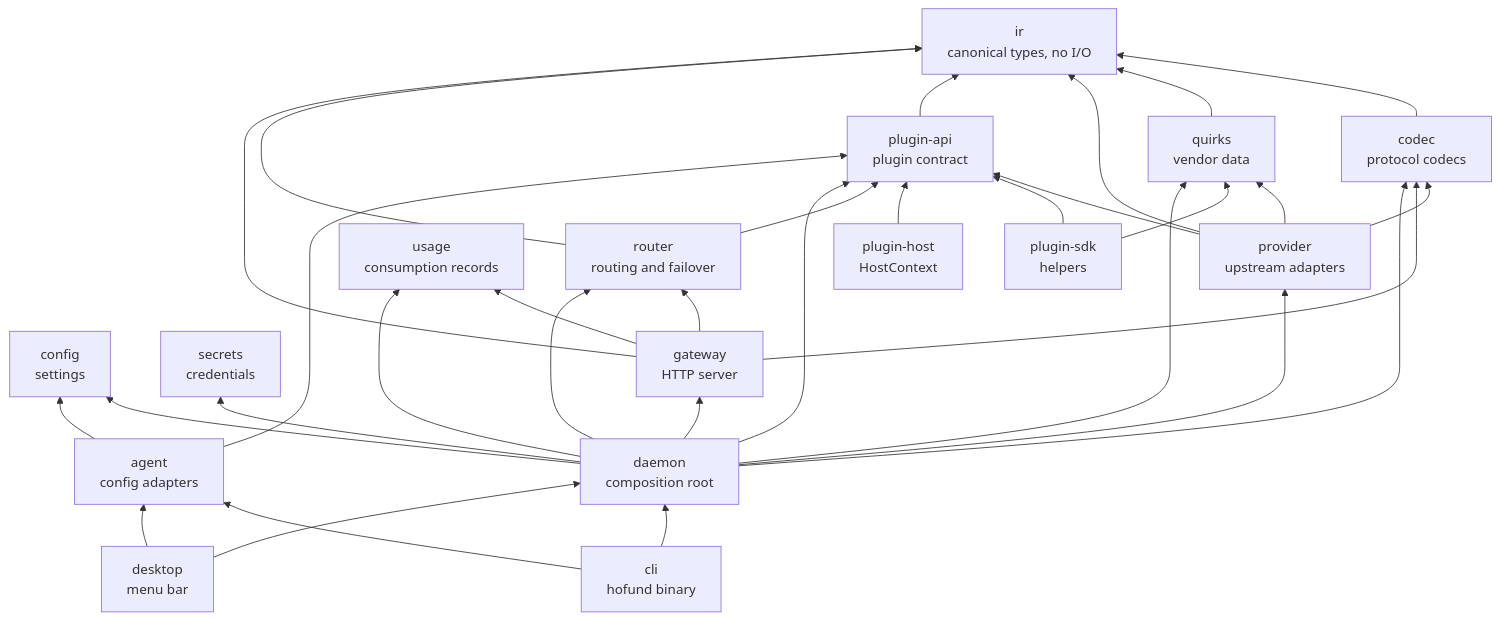
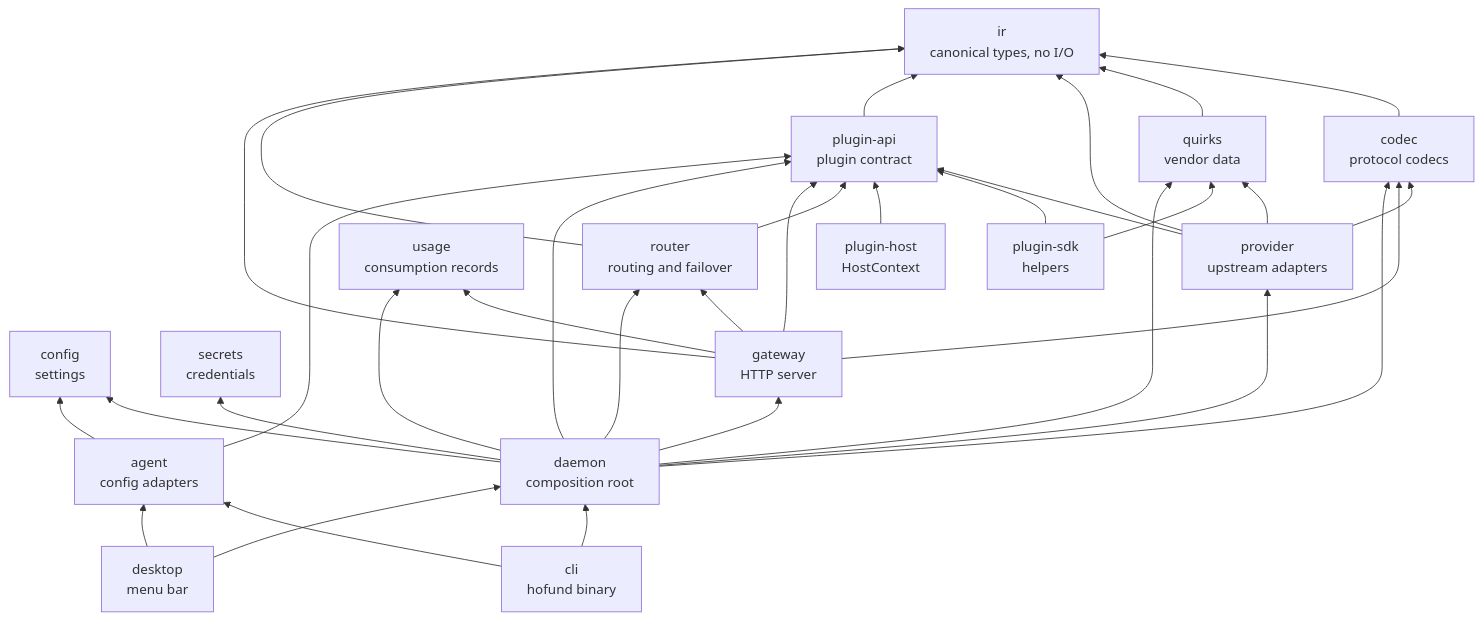
One commit to logibricks-io/open-heimdall-hofund changed the diagram in docs/architecture.md. Above: the diagram before and after it, drawn with Mermaid. The commit also changed other lines of this file and 28 other files, not shown here.

````diff
--- a/docs/architecture.md
+++ b/docs/architecture.md
@@ -37,51 +37,52 @@
 ```mermaid
 flowchart BT
   ir["ir<br/>canonical types, no I/O"]
   codec["codec<br/>protocol codecs"]
   quirks["quirks<br/>vendor data"]
   provider["provider<br/>upstream adapters"]
   router["router<br/>routing and failover"]
   config["config<br/>settings"]
   secrets["secrets<br/>credentials"]
   usage["usage<br/>consumption records"]
   agent["agent<br/>config adapters"]
   pluginApi["plugin-api<br/>plugin contract"]
   pluginSdk["plugin-sdk<br/>helpers"]
   pluginHost["plugin-host<br/>HostContext"]
   gateway["gateway<br/>HTTP server"]
   daemon["daemon<br/>composition root"]
   cli["cli<br/>hofund binary"]
   desktop["desktop<br/>menu bar"]
 
   codec --> ir
   quirks --> ir
   provider --> codec
   provider --> ir
   provider --> quirks
   provider --> pluginApi
   pluginApi --> ir
   pluginSdk --> pluginApi
   pluginSdk --> quirks
   pluginHost --> pluginApi
   router --> pluginApi
   router --> ir
   gateway --> router
   gateway --> codec
   gateway --> ir
   gateway --> usage
+  gateway --> pluginApi
   daemon --> gateway
   daemon --> config
   daemon --> secrets
   daemon --> provider
   daemon --> codec
   daemon --> quirks
   daemon --> router
   daemon --> pluginApi
   daemon --> usage
   agent --> config
   agent --> pluginApi
   cli --> daemon
   cli --> agent
   desktop --> daemon
   desktop --> agent
 ```
````
